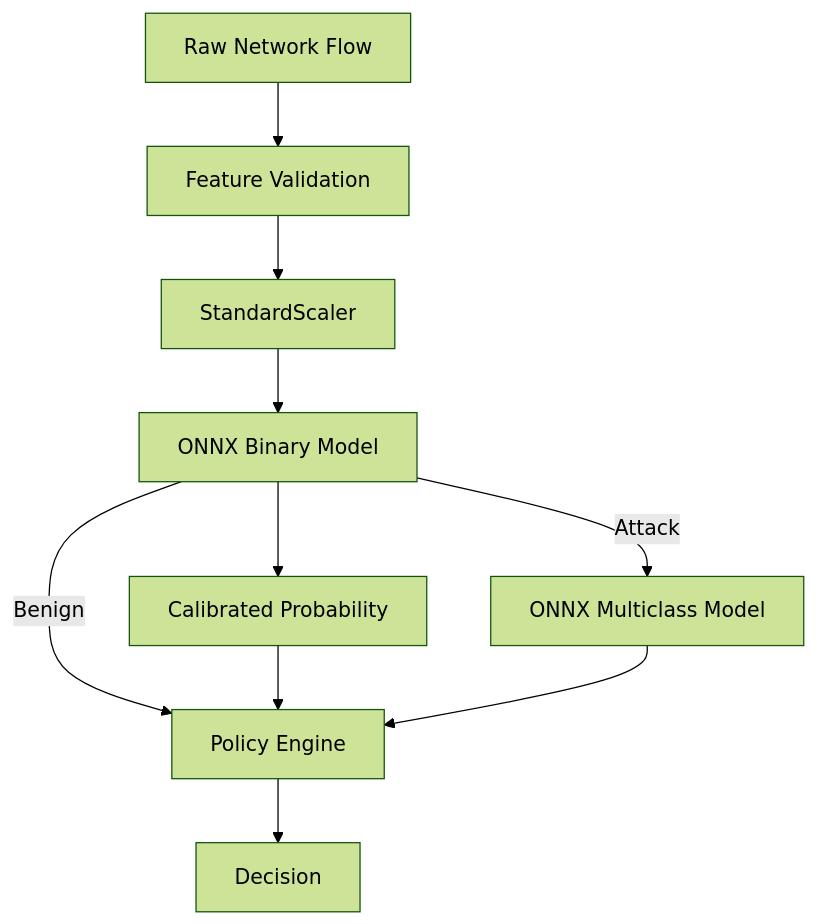
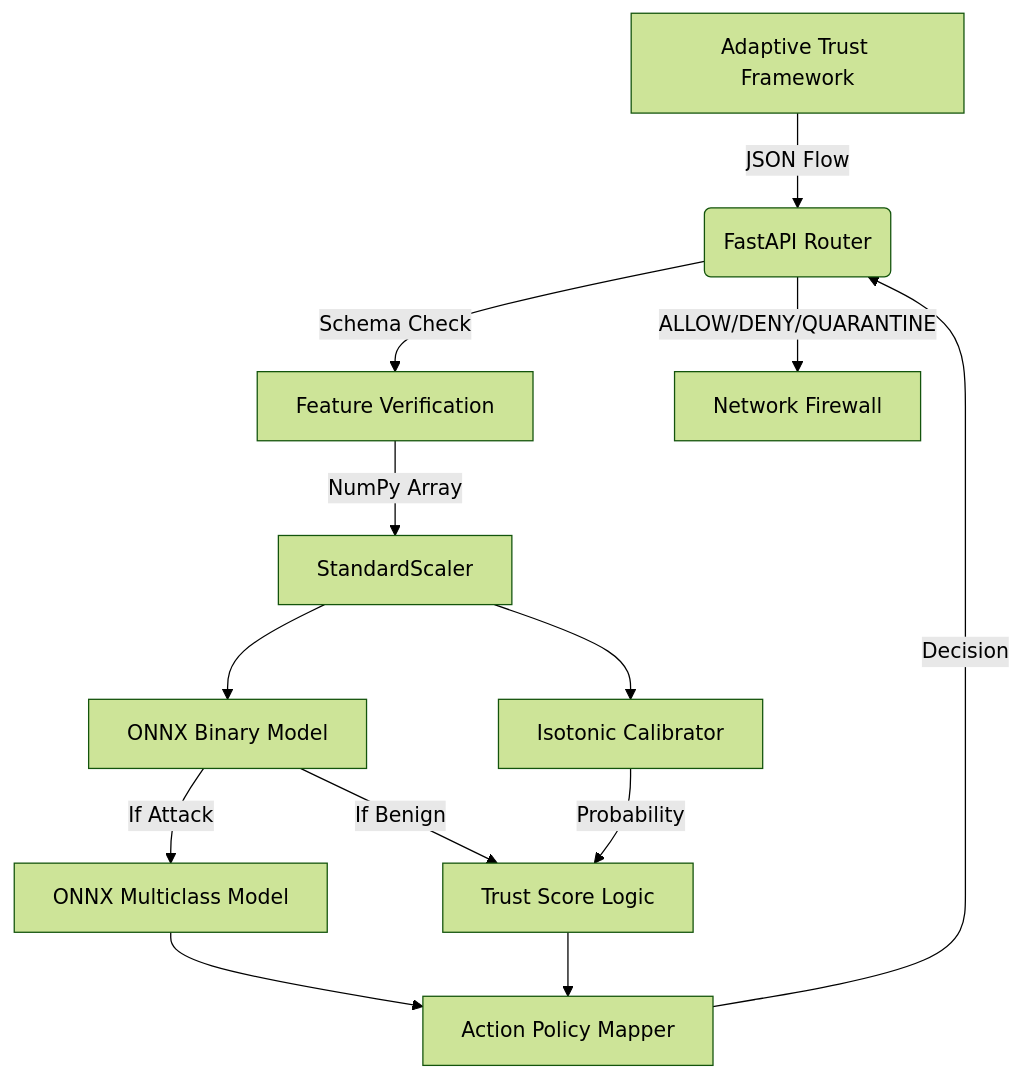
The diagram in README.md (Shuchi-Anush/cybersentinel-ai), drawn with Mermaid (forest theme) before and after one commit. The commit also changed other lines of this file and 11 other files, not shown here.

Commit message:
feat: production-ready IDS with API hardening, inference safety, metrics persistence, CI pipeline, and stress-tested architecture

````diff
--- a/README.md
+++ b/README.md
@@ -62,12 +84,15 @@
 ```mermaid
 graph TD
-    A[Raw Network Flow] --> B[Feature Validation]
-    B --> C[StandardScaler]
-    C --> D[ONNX Binary Model]
-    D -->|Attack| E[ONNX Multiclass Model]
-    D -->|Benign| H[Policy Engine]
-    D --> F[Calibrated Probability]
-    F --> H
-    E --> H
-    H --> G[Decision]
+    A[Adaptive Trust Framework] -->|JSON Flow| B(FastAPI Router)
+    B -->|Schema Check| C[Feature Verification]
+    C -->|NumPy Array| D[StandardScaler]
+    D --> E[ONNX Binary Model]
+    D --> F[Isotonic Calibrator]
+    E -->|If Attack| G[ONNX Multiclass Model]
+    E -->|If Benign| H[Trust Score Logic]
+    F -->|Probability| H
+    G --> I[Action Policy Mapper]
+    H --> I
+    I -->|Decision| B
+    B -->|ALLOW/DENY/QUARANTINE| J[Network Firewall]
 ```
````
